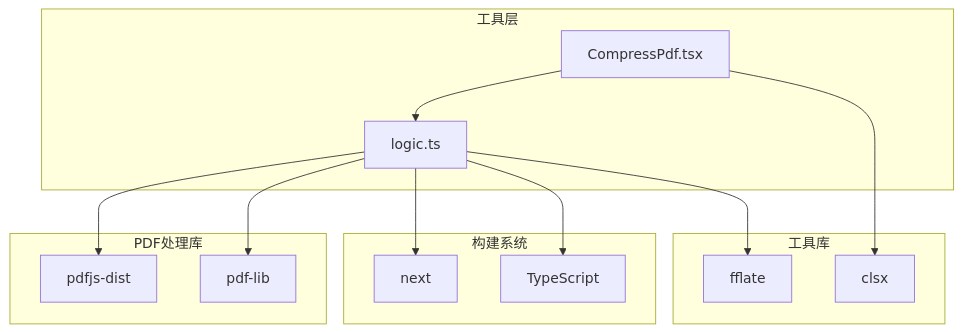
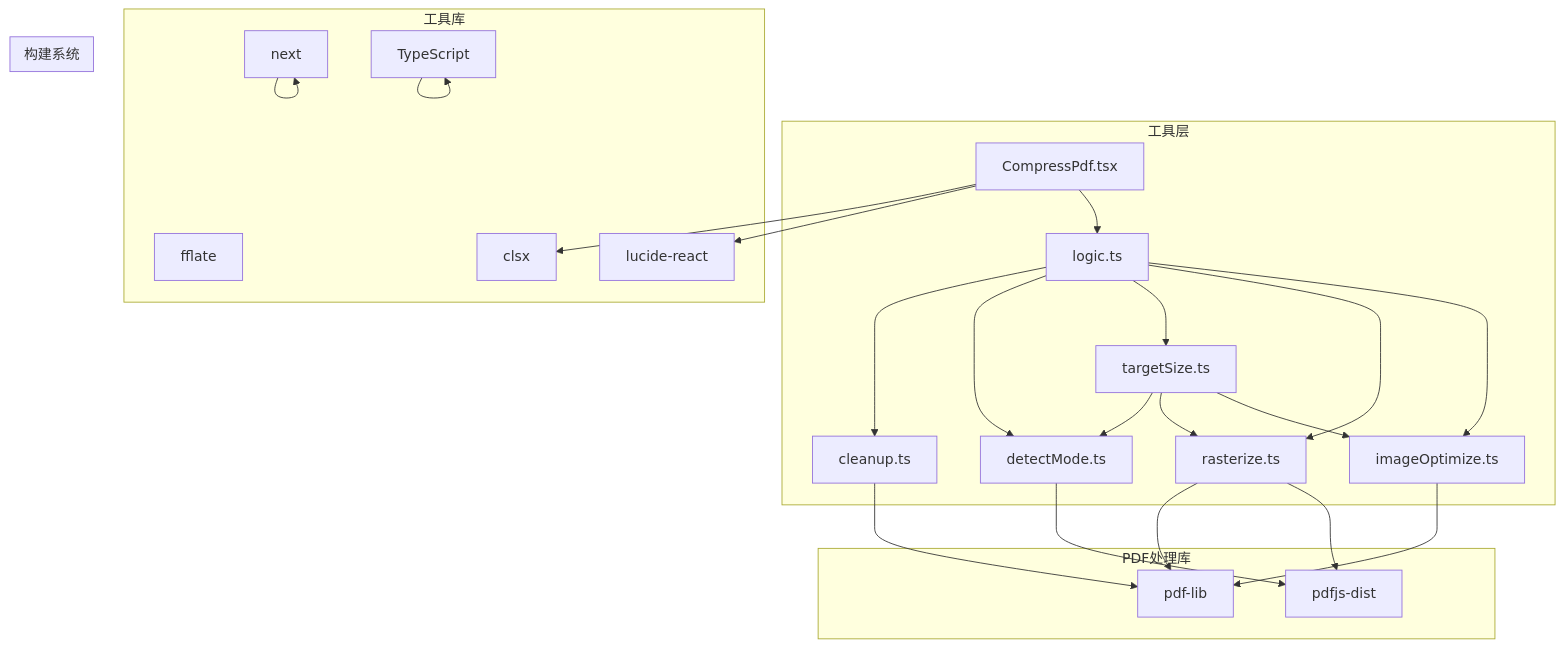
One commit to sgyy/privadeck changed the eighth of 9 diagrams in .qoder/repowiki/zh/content/PDF工具/PDF压缩工具.md. Above: the diagram before and after it, drawn with Mermaid. The commit also changed other lines of this file and 7 other files, not shown here.

````diff
--- a/.qoder/repowiki/zh/content/PDF工具/PDF压缩工具.md
+++ b/.qoder/repowiki/zh/content/PDF工具/PDF压缩工具.md
@@ -224,26 +421,43 @@
 ```mermaid
 graph TB
 subgraph "工具层"
 CP[CompressPdf.tsx]
 LG[logic.ts]
+IMG[imageOptimize.ts]
+RAST[rasterize.ts]
+TS[targetSize.ts]
+DM[detectMode.ts]
+CLN[cleanup.ts]
 end
 subgraph "PDF处理库"
 PDFJS[pdfjs-dist]
 PDFLIB[pdf-lib]
 end
 subgraph "工具库"
 FFLATE[fflate]
 CLSX[clsx]
-end
-subgraph "构建系统"
+LUCIDE[lucide-react]
 NEXT[next]
 TSC[TypeScript]
 end
+subgraph "构建系统"
+NEXT --> NEXT
+TSC --> TSC
+end
 CP --> LG
-LG --> PDFJS
-LG --> PDFLIB
-LG --> FFLATE
+LG --> IMG
+LG --> RAST
+LG --> TS
+LG --> DM
+LG --> CLN
+IMG --> PDFLIB
+RAST --> PDFJS
+RAST --> PDFLIB
+TS --> IMG
+TS --> RAST
+TS --> DM
+DM --> PDFJS
+CLN --> PDFLIB
+CP --> LUCIDE
 CP --> CLSX
-LG --> NEXT
-LG --> TSC
 ```
````
